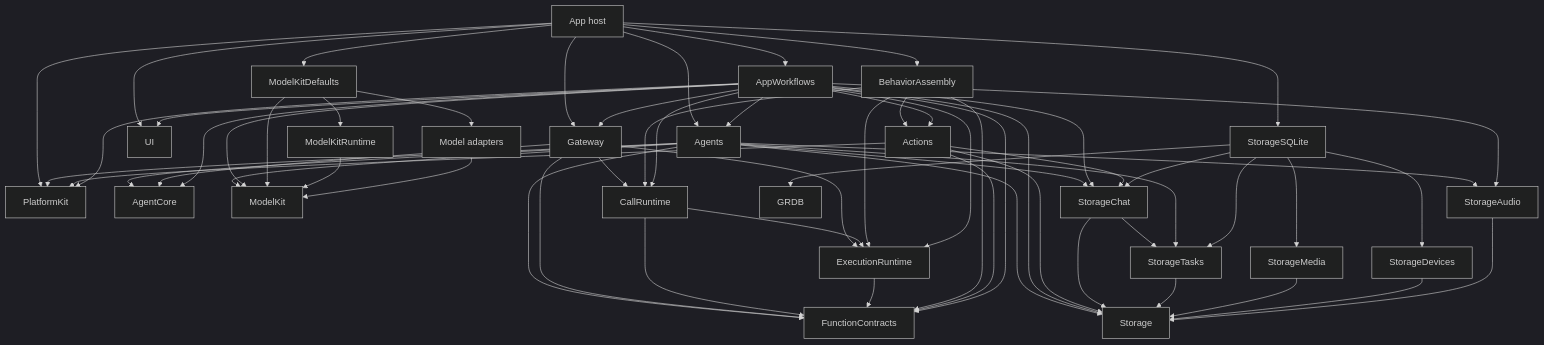
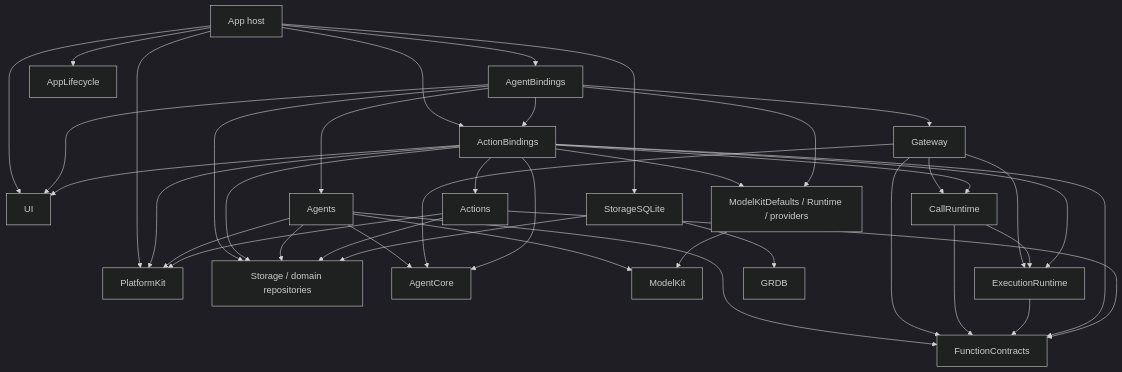
The third of 32 diagrams in MobileHarness/README.md (devilyouwei/MobileHarness), drawn with Mermaid (dark theme) before and after one commit. The commit also changed other lines of this file and 254 other files, not shown here.

First line of the commit message:
refactor: isolate app composition and module bindings

````diff
--- a/MobileHarness/README.md
+++ b/MobileHarness/README.md
@@ -134,68 +133,42 @@
 ```mermaid
 flowchart TB
-    App[App host] --> Agents
-    App --> Gateway
-    App --> Assembly[BehaviorAssembly]
-    App --> Workflows[AppWorkflows]
-    App --> Defaults[ModelKitDefaults]
-    App --> UI
-    App --> PlatformKit
-
-    Agents --> AgentCore
-    Agents --> FunctionContracts
-    Agents --> PlatformKit
-    Agents --> ModelKit
-    Agents --> StorageChat
-    Agents --> StorageAudio
-    Agents --> Storage
-
-    Gateway --> AgentCore
-    Gateway --> FunctionContracts
-    Gateway --> ExecutionRuntime
-    Gateway --> CallRuntime
-    CallRuntime --> ExecutionRuntime
-    CallRuntime --> FunctionContracts
-    ExecutionRuntime --> FunctionContracts
-
-    Assembly --> Actions
-    Assembly --> FunctionContracts
-    Assembly --> ExecutionRuntime
-    Assembly --> CallRuntime
-    Actions --> FunctionContracts
-    Actions --> PlatformKit
-
-    Workflows --> UI
-    Workflows --> Storage
-    Workflows --> StorageChat
-    Workflows --> StorageAudio
-    Workflows --> ModelKit
-    Workflows --> PlatformKit
-    Workflows --> Actions
-    Workflows --> Agents
-    Workflows --> Gateway
-    Workflows --> AgentCore
-    Workflows --> FunctionContracts
-    Workflows --> ExecutionRuntime
-    Workflows --> CallRuntime
-
-    Actions --> StorageChat
-    Actions --> Storage
-    StorageChat --> Storage
-    StorageChat --> StorageTasks
-    Agents --> StorageTasks
-    StorageTasks --> Storage
-    StorageMedia --> Storage
-    StorageDevices --> Storage
-    StorageAudio --> Storage
-    App --> StorageSQLite
-    StorageSQLite --> StorageChat
-    StorageSQLite --> StorageTasks
-    StorageSQLite --> StorageMedia
-    StorageSQLite --> StorageDevices
-    StorageSQLite --> GRDB
-    Defaults --> ModelKit
-    Defaults --> ModelKitRuntime
-    Defaults --> Adapters[Model adapters]
-    ModelKitRuntime --> ModelKit
-    Adapters --> ModelKit
+ App[App host] --> AgentBindings
+ App --> ActionBindings
+ App --> AppLifecycle
+ App --> UI
+ App --> PlatformKit
+ App --> StorageSQLite
+ AgentBindings --> Agents
+ AgentBindings --> Gateway
+ AgentBindings --> ActionBindings
+ AgentBindings --> UI
+ ActionBindings --> Actions
+ ActionBindings --> UI
+ ActionBindings --> PlatformKit
+ ActionBindings --> Defaults[ModelKitDefaults / Runtime / providers]
+ AgentBindings --> Defaults
+ AgentBindings --> Stores[Storage / domain repositories]
+ ActionBindings --> Stores
+ Agents --> AgentCore
+ Agents --> FunctionContracts
+ Agents --> ModelKit
+ Agents --> PlatformKit
+ Agents --> Stores
+ Gateway --> AgentCore
+ Gateway --> FunctionContracts
+ Gateway --> ExecutionRuntime
+ Gateway --> CallRuntime
+ CallRuntime --> FunctionContracts
+ CallRuntime --> ExecutionRuntime
+ ExecutionRuntime --> FunctionContracts
+ ActionBindings --> AgentCore
+ ActionBindings --> FunctionContracts
+ ActionBindings --> ExecutionRuntime
+ ActionBindings --> CallRuntime
+ Actions --> FunctionContracts
+ Actions --> PlatformKit
+ Actions --> Stores
+ StorageSQLite --> Stores
+ StorageSQLite --> GRDB
+ Defaults --> ModelKit
 ```
````
